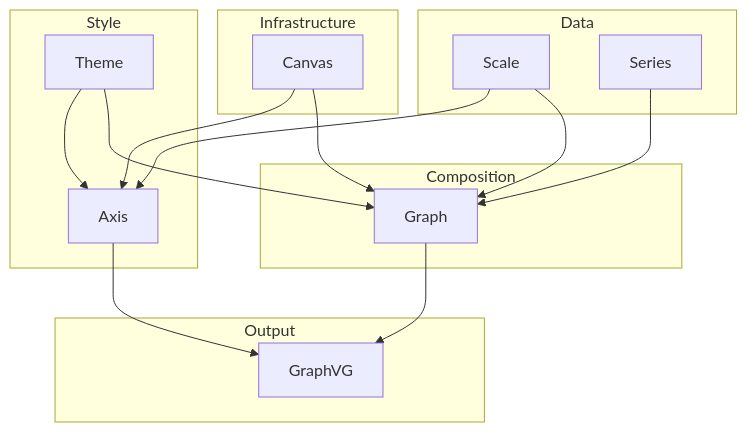
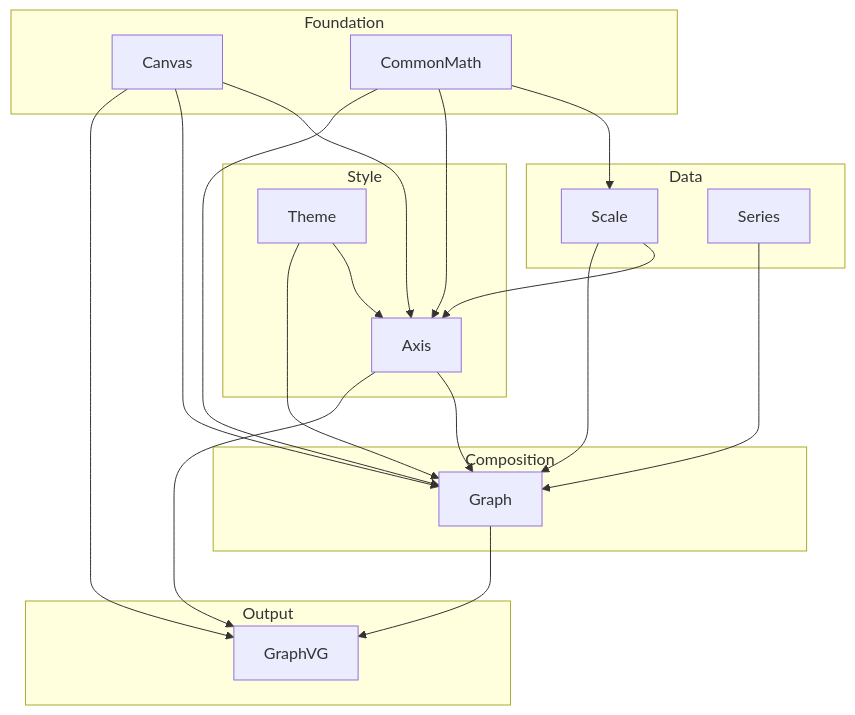
One commit to ChrisNikkel/GraphVG changed the first of 4 diagrams in DESIGN.md. Above: the diagram before and after it, drawn with Mermaid. The commit also changed other lines of this file and 1 other file, not shown here.

Commit message:
Update documentation: refine architecture overview and add guidelines for Markdown and Mermaid usage

````diff
--- a/DESIGN.md
+++ b/DESIGN.md
@@ -37,34 +9,40 @@
 ```mermaid
 flowchart TD
-    subgraph "Infrastructure"
+    subgraph "Foundation"
         CV[Canvas]
+        CM[CommonMath]
     end
 
     subgraph "Data"
         SC[Scale]
         SR[Series]
     end
 
     subgraph "Style"
         TH[Theme]
         AX[Axis]
     end
 
     subgraph "Composition"
         GR[Graph]
     end
 
     subgraph "Output"
         GVG[GraphVG]
     end
 
     CV --> AX
     CV --> GR
+    CV --> GVG
+    CM --> SC
+    CM --> AX
+    CM --> GR
     SC --> AX
     SC --> GR
     SR --> GR
     TH --> AX
     TH --> GR
+    AX --> GR
     AX --> GVG
     GR --> GVG
 ```
````
